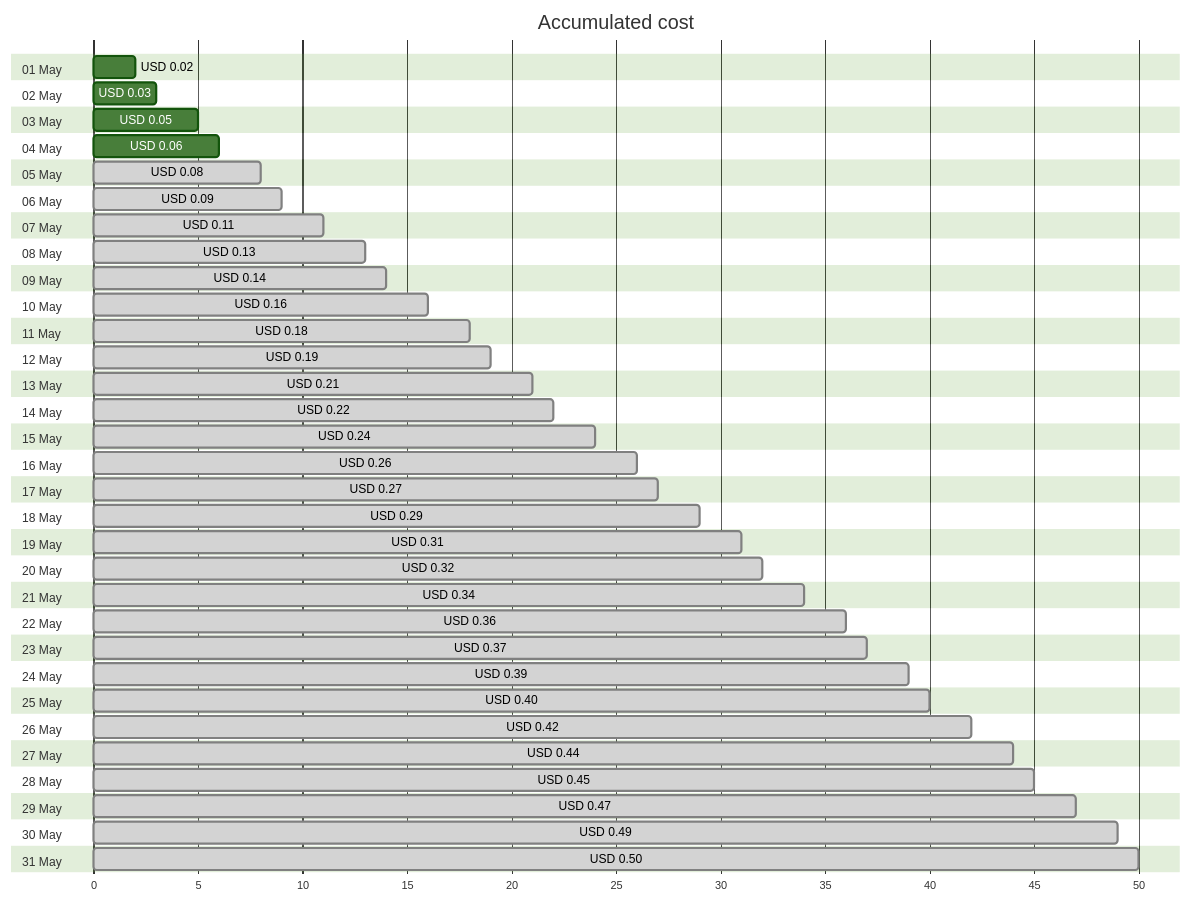
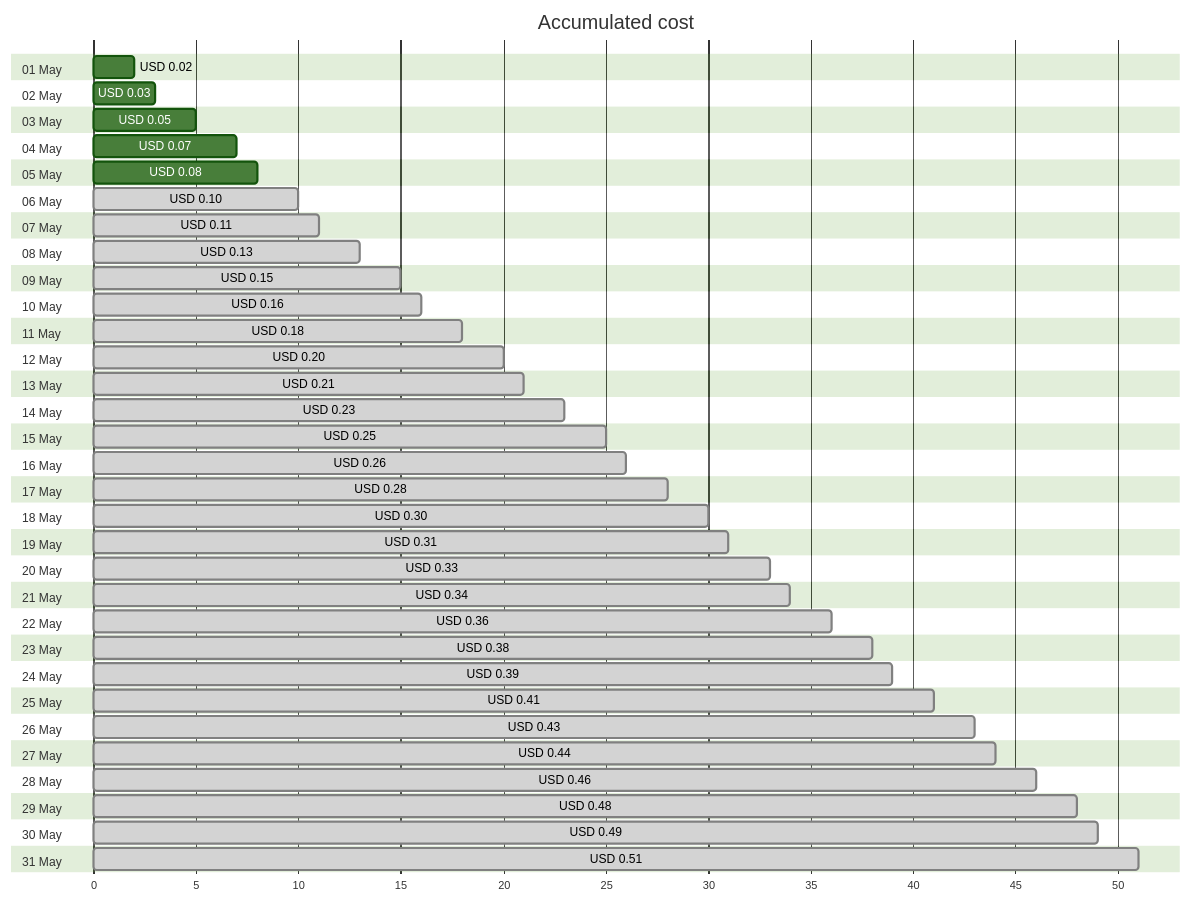
The first of 4 diagrams in cost-reports/personal-dns/jpatrickfulton.dev.md (jpfulton/azure-personal-reports), drawn with Mermaid (forest theme) before and after one commit. The commit also changed other lines of this file and 2 other files, not shown here.

Commit message:
Generated reports [skip ci]

````diff
--- a/cost-reports/personal-dns/jpatrickfulton.dev.md
+++ b/cost-reports/personal-dns/jpatrickfulton.dev.md
@@ -20,68 +20,68 @@
 ```mermaid
 gantt
    title Accumulated cost
    dateFormat  X
    axisFormat %s
    section 01 May
    USD 0.02 :0, 2
    section 02 May
    USD 0.03 :0, 3
    section 03 May
    USD 0.05 :0, 5
    section 04 May
-   USD 0.06 :0, 6
+   USD 0.07 :0, 7
    section 05 May
-   USD 0.08 : done, 0, 8
+   USD 0.08 :0, 8
    section 06 May
-   USD 0.09 : done, 0, 9
+   USD 0.10 : done, 0, 10
    section 07 May
    USD 0.11 : done, 0, 11
    section 08 May
    USD 0.13 : done, 0, 13
    section 09 May
-   USD 0.14 : done, 0, 14
+   USD 0.15 : done, 0, 15
    section 10 May
    USD 0.16 : done, 0, 16
    section 11 May
    USD 0.18 : done, 0, 18
    section 12 May
-   USD 0.19 : done, 0, 19
+   USD 0.20 : done, 0, 20
    section 13 May
    USD 0.21 : done, 0, 21
    section 14 May
-   USD 0.22 : done, 0, 22
+   USD 0.23 : done, 0, 23
    section 15 May
-   USD 0.24 : done, 0, 24
+   USD 0.25 : done, 0, 25
    section 16 May
    USD 0.26 : done, 0, 26
    section 17 May
-   USD 0.27 : done, 0, 27
+   USD 0.28 : done, 0, 28
    section 18 May
-   USD 0.29 : done, 0, 29
+   USD 0.30 : done, 0, 30
    section 19 May
    USD 0.31 : done, 0, 31
    section 20 May
-   USD 0.32 : done, 0, 32
+   USD 0.33 : done, 0, 33
    section 21 May
    USD 0.34 : done, 0, 34
    section 22 May
    USD 0.36 : done, 0, 36
    section 23 May
-   USD 0.37 : done, 0, 37
+   USD 0.38 : done, 0, 38
    section 24 May
    USD 0.39 : done, 0, 39
    section 25 May
-   USD 0.40 : done, 0, 40
+   USD 0.41 : done, 0, 41
    section 26 May
-   USD 0.42 : done, 0, 42
+   USD 0.43 : done, 0, 43
    section 27 May
    USD 0.44 : done, 0, 44
    section 28 May
-   USD 0.45 : done, 0, 45
+   USD 0.46 : done, 0, 46
    section 29 May
-   USD 0.47 : done, 0, 47
+   USD 0.48 : done, 0, 48
    section 30 May
    USD 0.49 : done, 0, 49
    section 31 May
-   USD 0.50 : done, 0, 50
+   USD 0.51 : done, 0, 51
 ```
````
